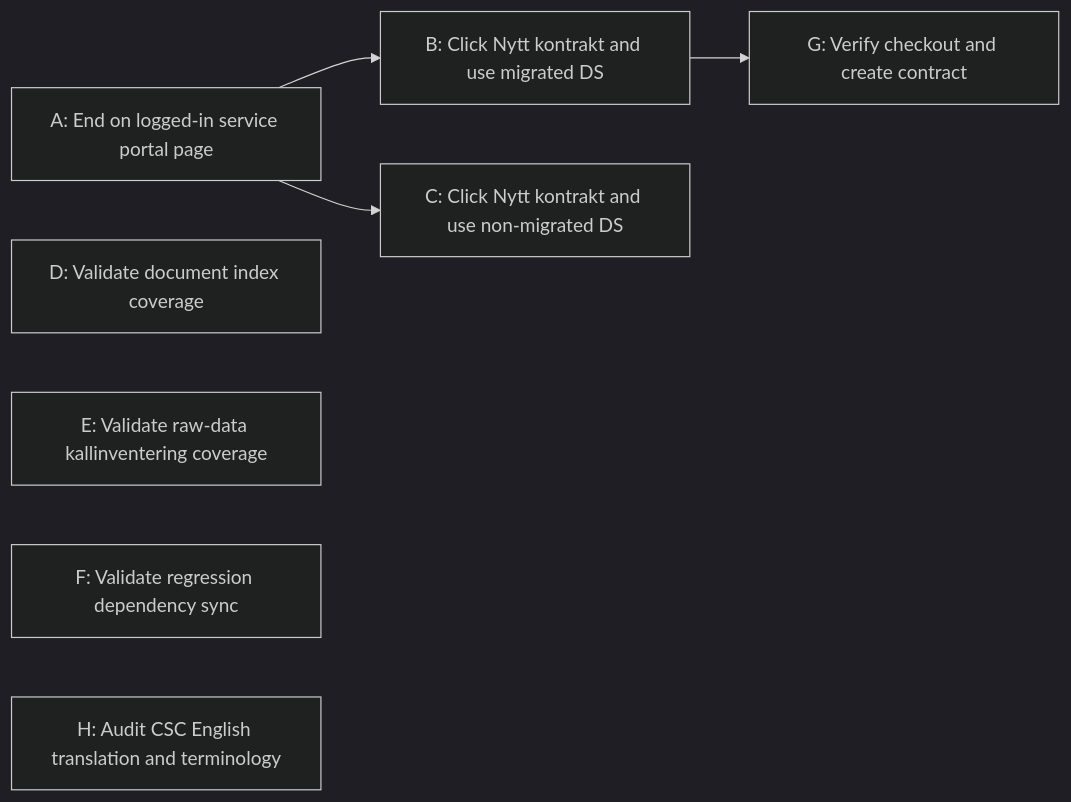
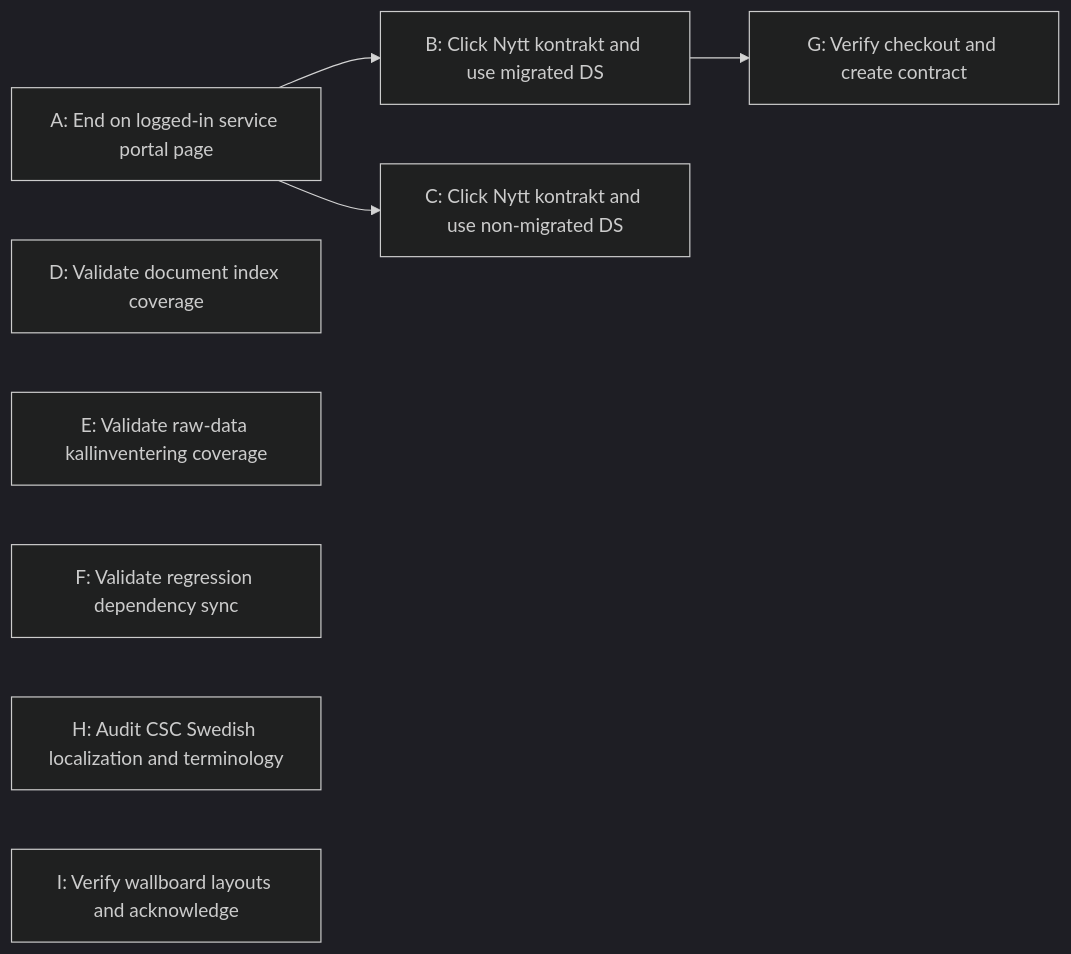
One commit to danielolvedal/sps_regression_testing changed the diagram in testing/regression_test/regression-test-dependencies.mmd. Above: the diagram before and after it, drawn with Mermaid (dark theme). The commit also changed 15 other files, not shown here.

```diff
--- a/testing/regression_test/regression-test-dependencies.mmd
+++ b/testing/regression_test/regression-test-dependencies.mmd
@@ -1,12 +1,13 @@
 flowchart LR
     A["A: End on logged-in service portal page"]
     B["B: Click Nytt kontrakt and use migrated DS"]
     C["C: Click Nytt kontrakt and use non-migrated DS"]
     D["D: Validate document index coverage"]
     E["E: Validate raw-data kallinventering coverage"]
     F["F: Validate regression dependency sync"]
     G["G: Verify checkout and create contract"]
-    H["H: Audit CSC English translation and terminology"]
+    H["H: Audit CSC Swedish localization and terminology"]
+    I["I: Verify wallboard layouts and acknowledge"]
     A --> B
     A --> C
     B --> G
```
